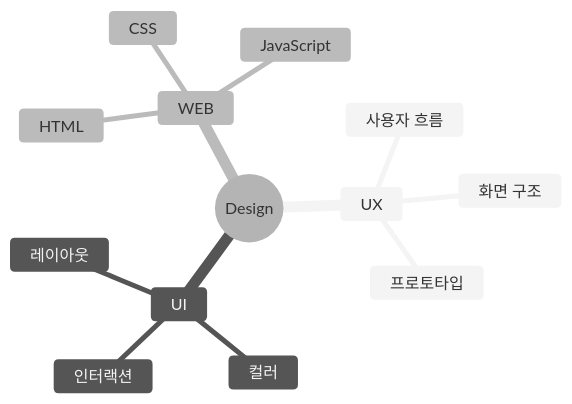
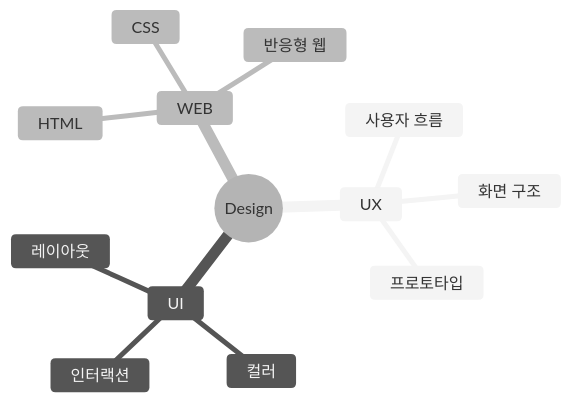
Before and after one commit to uiux0718/uiux0718: the second of 2 diagrams in README.md, drawn with Mermaid (neutral theme). The commit also changed other lines of this file, not shown here.

````diff
--- a/README.md
+++ b/README.md
@@ -52,19 +58,19 @@
-```mermaid
+```mermaid id="40umvi"
 mindmap
   root((Design))
 
     UX
       사용자 흐름
       화면 구조
       프로토타입
 
     UI
       레이아웃
       컬러
       인터랙션
 
     WEB
       HTML
       CSS
-      JavaScript
+      반응형 웹
 ```
````
